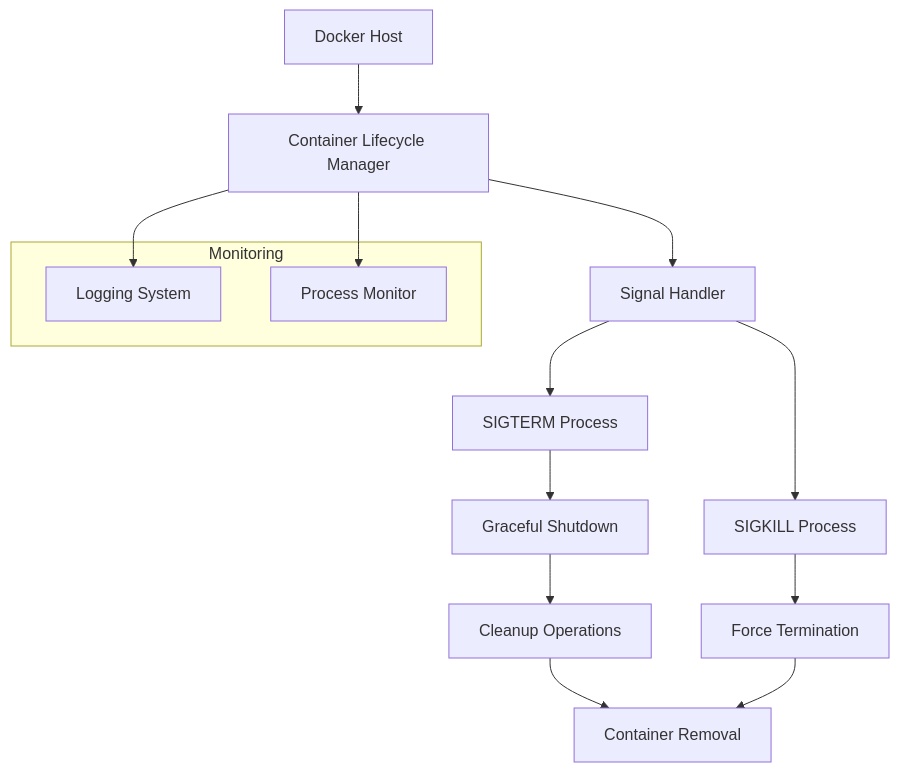
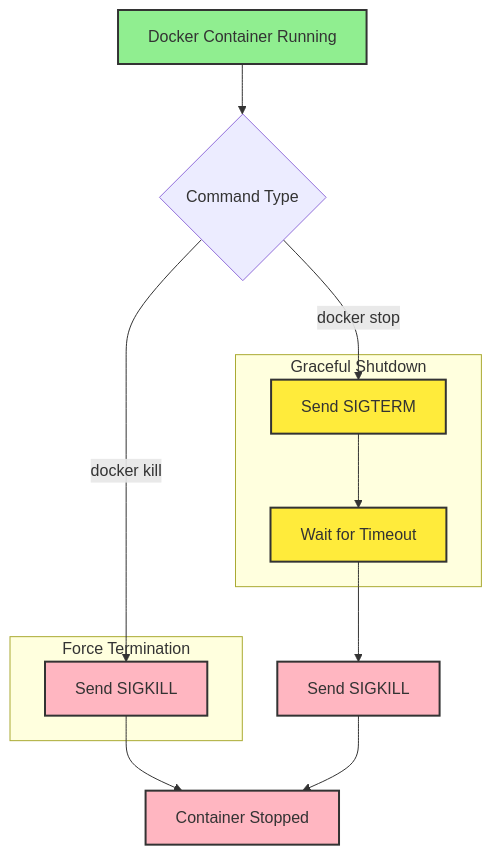
One commit to TheToriqul/docker-stop-vs-kill changed the diagram in README.md. Above: the diagram before and after it, drawn with Mermaid.

Commit message:
Readme Updated

````diff
--- a/README.md
+++ b/README.md
@@ -16,20 +16,34 @@
 ```mermaid
 graph TD
-    A[Docker Host] --> B[Container Lifecycle Manager]
-    B --> C[Signal Handler]
-    C --> D[SIGTERM Process]
-    C --> E[SIGKILL Process]
-    D --> F[Graceful Shutdown]
-    F --> G[Cleanup Operations]
-    E --> H[Force Termination]
-    G --> I[Container Removal]
-    H --> I
+    A[Docker Container Running] --> B{Command Type}
     
-    subgraph Monitoring
-    J[Logging System]
-    K[Process Monitor]
+    %% Kill Command Branch
+    B -->|docker kill| C[Send SIGKILL]
+    C --> D[Container Stopped]
+    
+    %% Stop Command Branch
+    B -->|docker stop| E[Send SIGTERM]
+    E --> F[Wait for Timeout]
+    F --> G[Send SIGKILL]
+    G --> D
+    
+    %% Styling
+    classDef running fill:#90EE90,stroke:#333,stroke-width:2px
+    classDef kill fill:#FFB6C1,stroke:#333,stroke-width:2px
+    classDef stop fill:#FFEB3B,stroke:#333,stroke-width:2px
+    classDef common fill:#FFB6C1,stroke:#333,stroke-width:2px
+    
+    class A running
+    class C,G,D kill
+    class E,F stop
+    
+    %% Add descriptive notes
+    subgraph Force Termination
+        C
     end
     
-    B --> J
-    B --> K
+    subgraph Graceful Shutdown
+        E
+        F
+    end
 ```
````
